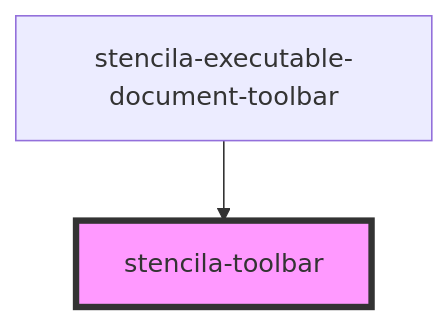
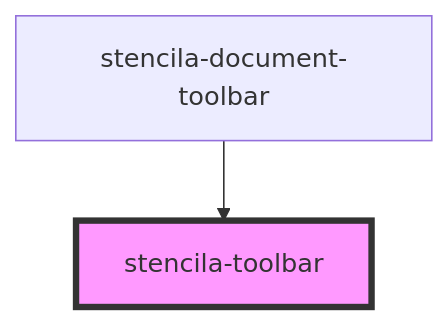
One commit to stencila/designa changed the diagram in packages/components/src/components/toolbar/readme.md. Above: the diagram before and after it, drawn with Mermaid. The commit also changed other lines of this file and 16 other files, not shown here.

First line of the commit message:
refactor(Document Toolbar): Rename component

````diff
--- a/packages/components/src/components/toolbar/readme.md
+++ b/packages/components/src/components/toolbar/readme.md
@@ -28,5 +28,5 @@
 ```mermaid
 graph TD;
-  stencila-executable-document-toolbar --> stencila-toolbar
+  stencila-document-toolbar --> stencila-toolbar
   style stencila-toolbar fill:#f9f,stroke:#333,stroke-width:4px
 ```
````
